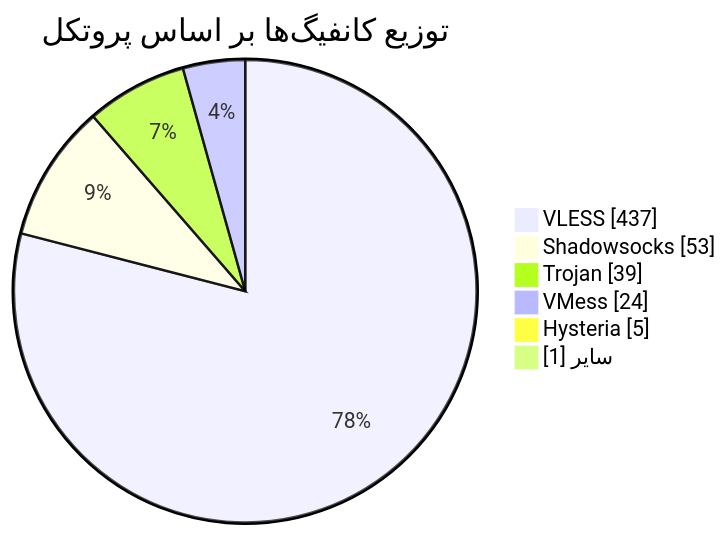
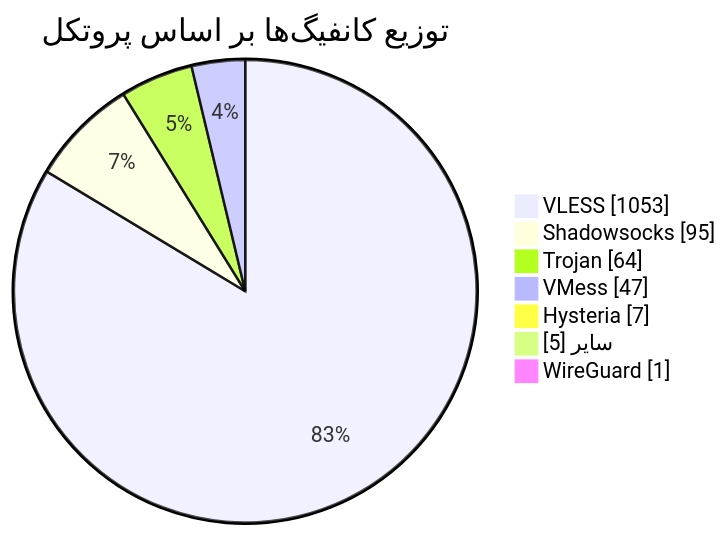
The diagram in README.md (Arian-Alijani/Somthing), drawn with Mermaid before and after one commit. The commit also changed other lines of this file and 111 other files, not shown here.

````diff
--- a/README.md
+++ b/README.md
@@ -48,10 +49,11 @@
 ```mermaid
 pie showData
     title توزیع کانفیگ‌ها بر اساس پروتکل
-    "VLESS" : 437
-    "Shadowsocks" : 53
-    "Trojan" : 39
-    "VMess" : 24
-    "Hysteria" : 5
-    "سایر" : 1
+    "VLESS" : 1053
+    "Shadowsocks" : 95
+    "Trojan" : 64
+    "VMess" : 47
+    "Hysteria" : 7
+    "سایر" : 5
+    "WireGuard" : 1
 ```
````
